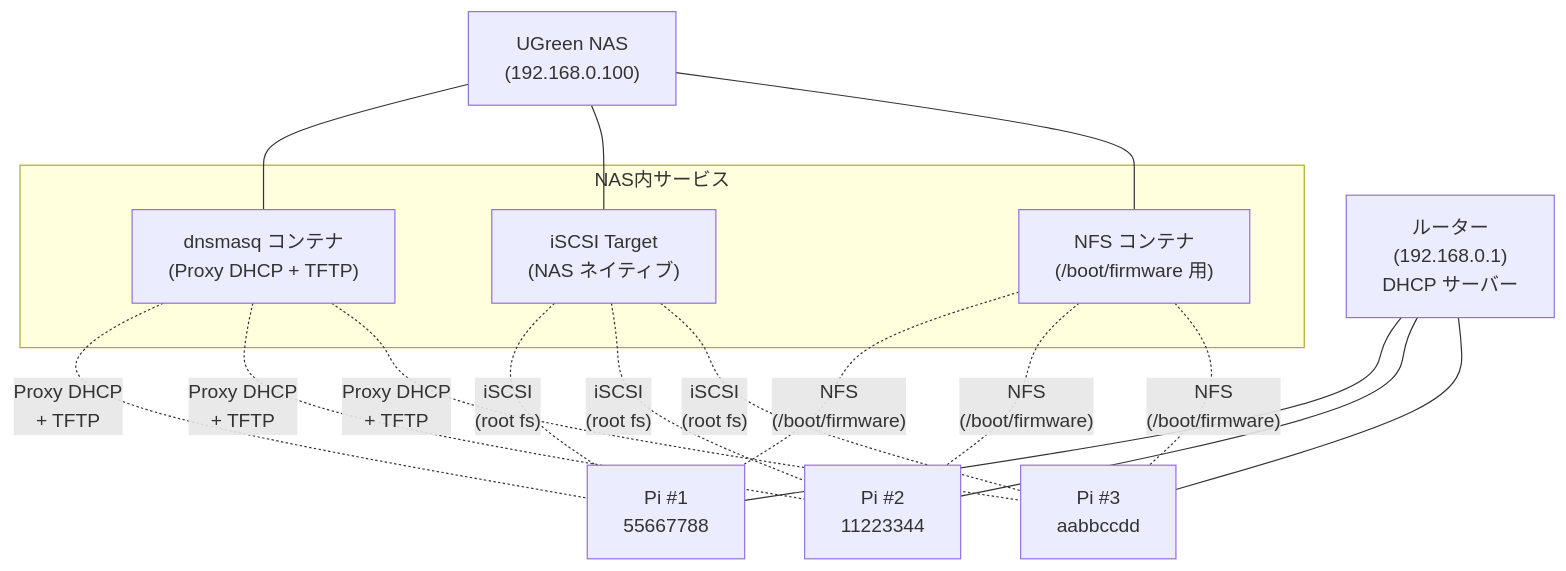
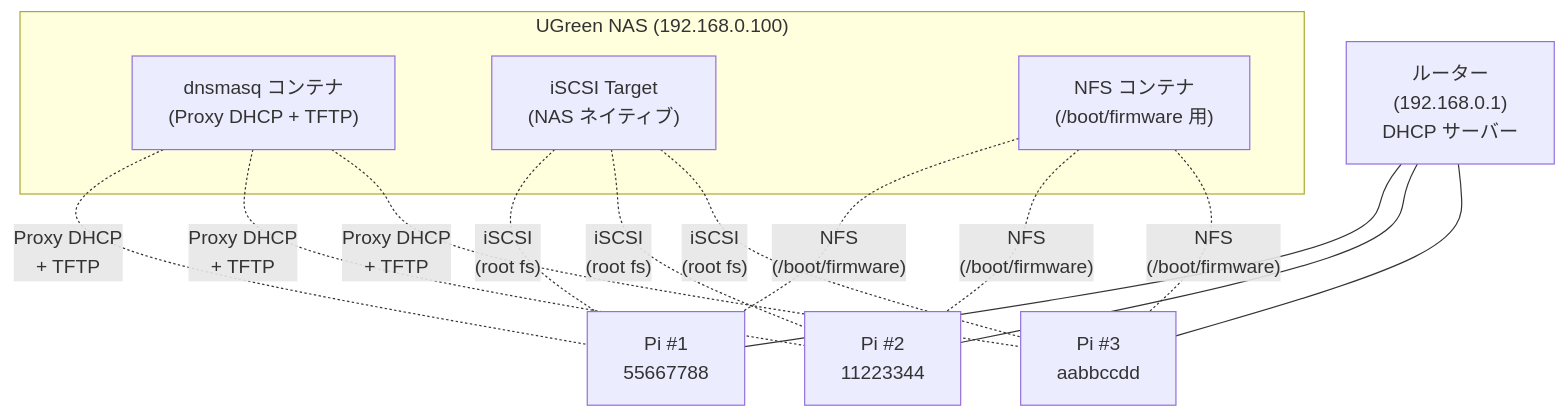
The second of 3 diagrams in articles/raspberry-pi-pxe-iscsi-boot.md (korosuke613/zenn-articles), drawn with Mermaid before and after one commit. The commit also changed other lines of this file, not shown here.

````diff
--- a/articles/raspberry-pi-pxe-iscsi-boot.md
+++ b/articles/raspberry-pi-pxe-iscsi-boot.md
@@ -100,21 +100,19 @@
 ```mermaid
 graph TB
     Router["ルーター<br/>(192.168.0.1)<br/>DHCP サーバー"]
-    NAS["UGreen NAS<br/>(192.168.0.100)"]
 
-    subgraph NAS内サービス
+    subgraph NAS["UGreen NAS (192.168.0.100)"]
         dnsmasq["dnsmasq コンテナ<br/>(Proxy DHCP + TFTP)"]
         iscsi["iSCSI Target<br/>(NAS ネイティブ)"]
         nfs["NFS コンテナ<br/>(/boot/firmware 用)"]
     end
 
     Pi1["Pi #1<br/>55667788"]
     Pi2["Pi #2<br/>11223344"]
     Pi3["Pi #3<br/>aabbccdd"]
 
     Router --- Pi1 & Pi2 & Pi3
-    NAS --- dnsmasq & iscsi & nfs
     dnsmasq -. "Proxy DHCP<br/>+ TFTP" .- Pi1 & Pi2 & Pi3
     iscsi -. "iSCSI<br/>(root fs)" .- Pi1 & Pi2 & Pi3
     nfs -. "NFS<br/>(/boot/firmware)" .- Pi1 & Pi2 & Pi3
 ```
````
